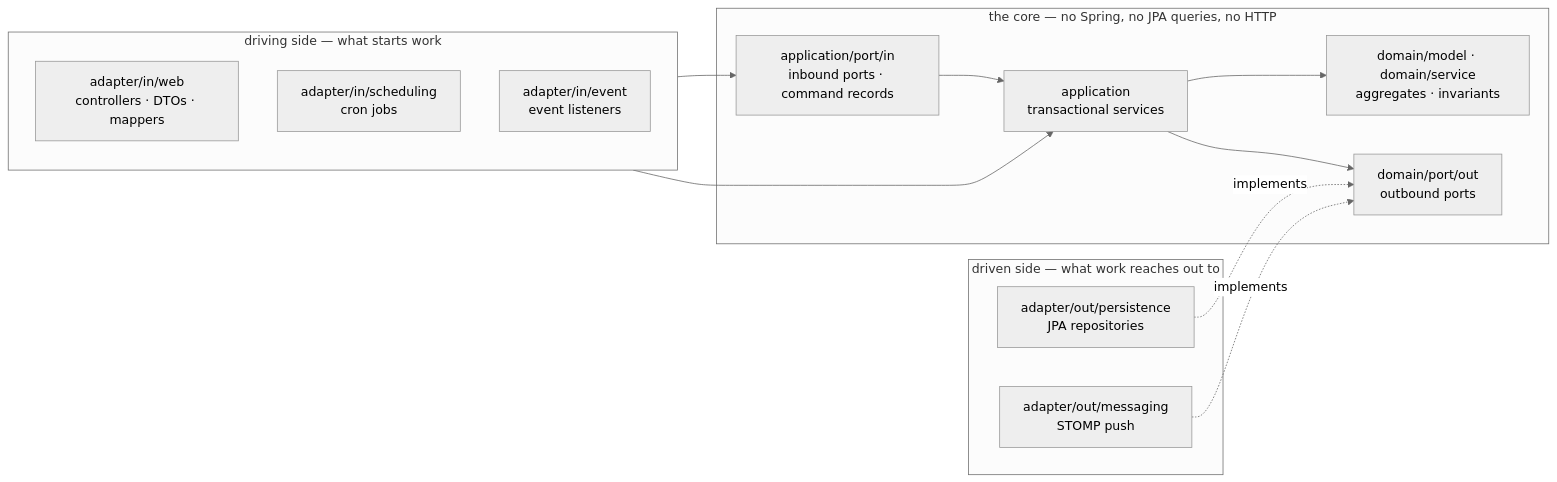
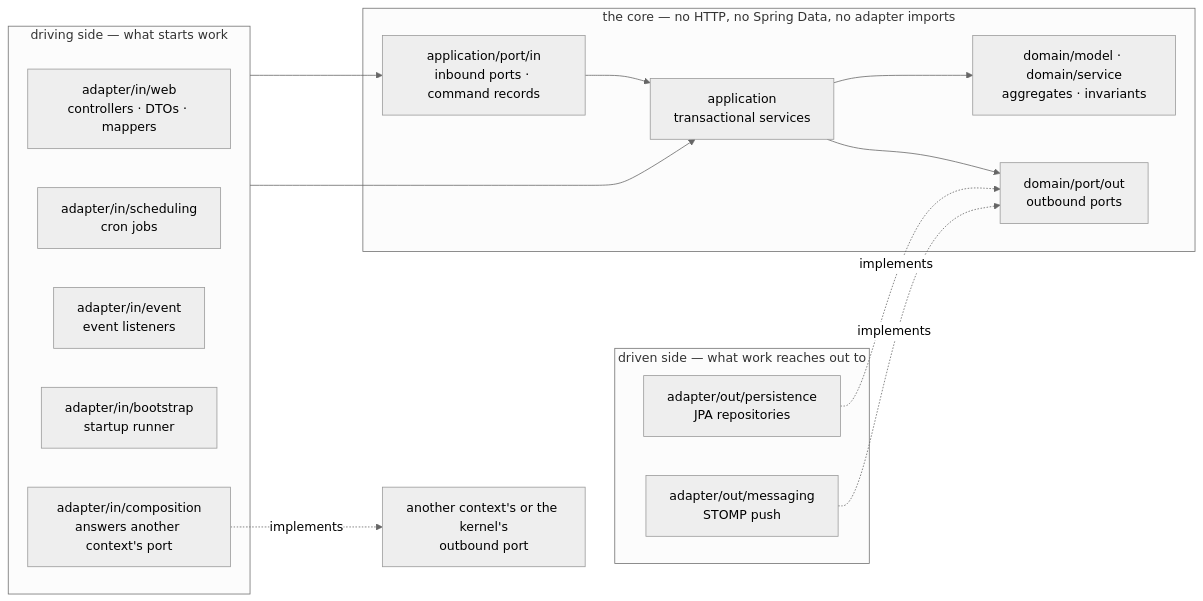
One commit to NaimElijah/UpHealther changed the third of 7 diagrams in docs/architecture/arch-diagrams/README.md. Above: the diagram before and after it, drawn with Mermaid (neutral theme). The commit also changed other lines of this file and 4 other files, not shown here.

First line of the commit message:
docs(architecture): describe the backend as it now stands

````diff
--- a/docs/architecture/arch-diagrams/README.md
+++ b/docs/architecture/arch-diagrams/README.md
@@ -115,28 +116,33 @@
 ```mermaid
 flowchart LR
     subgraph driving["driving side — what starts work"]
         web["adapter/in/web<br/>controllers · DTOs · mappers"]
         sched["adapter/in/scheduling<br/>cron jobs"]
         evt["adapter/in/event<br/>event listeners"]
+        boot["adapter/in/bootstrap<br/>startup runner"]
+        comp["adapter/in/composition<br/>answers another context's port"]
     end
 
-    subgraph core["the core — no Spring, no JPA queries, no HTTP"]
+    subgraph core["the core — no HTTP, no Spring Data, no adapter imports"]
         portIn["application/port/in<br/>inbound ports · command records"]
         app["application<br/>transactional services"]
         domain["domain/model · domain/service<br/>aggregates · invariants"]
         portOut["domain/port/out<br/>outbound ports"]
     end
 
     subgraph driven["driven side — what work reaches out to"]
         persistence["adapter/out/persistence<br/>JPA repositories"]
         messaging["adapter/out/messaging<br/>STOMP push"]
     end
 
+    foreign["another context's or the kernel's<br/>outbound port"]
+
     driving --> portIn
     driving --> app
     portIn --> app
     app --> domain
     app --> portOut
     persistence -. implements .-> portOut
     messaging -. implements .-> portOut
+    comp -. implements .-> foreign
 ```
````
